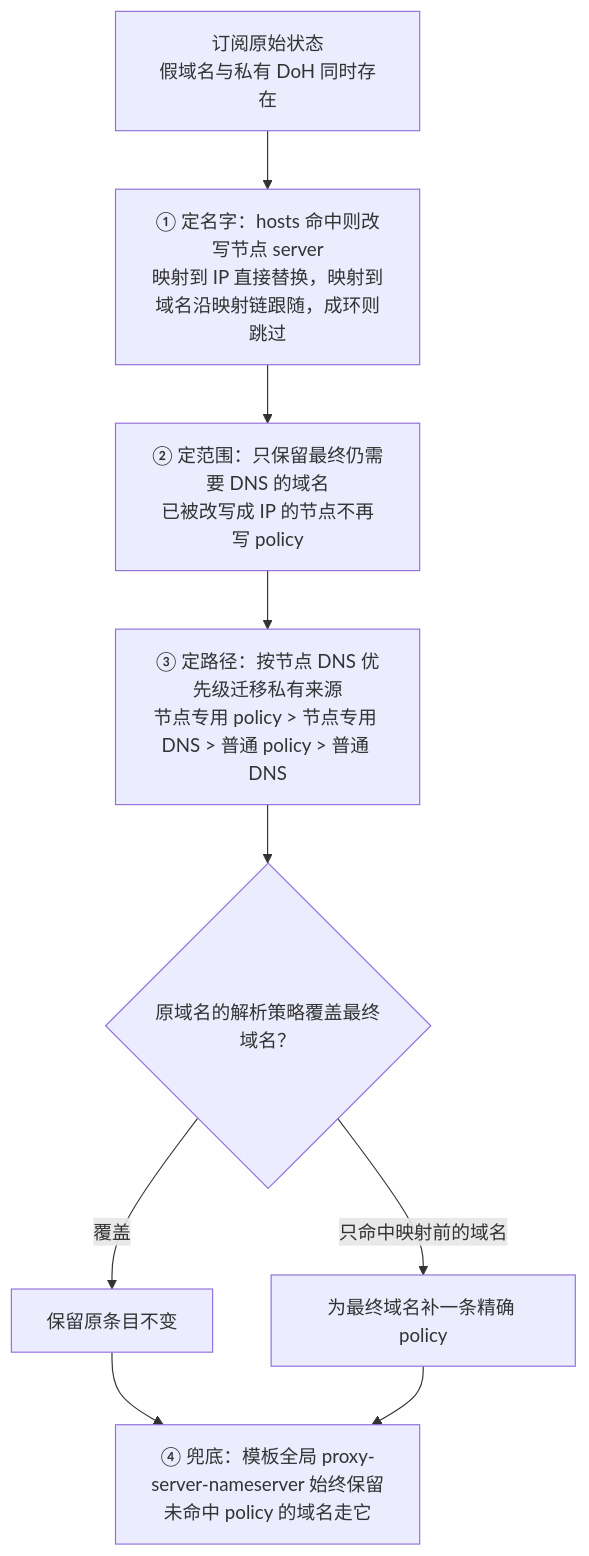
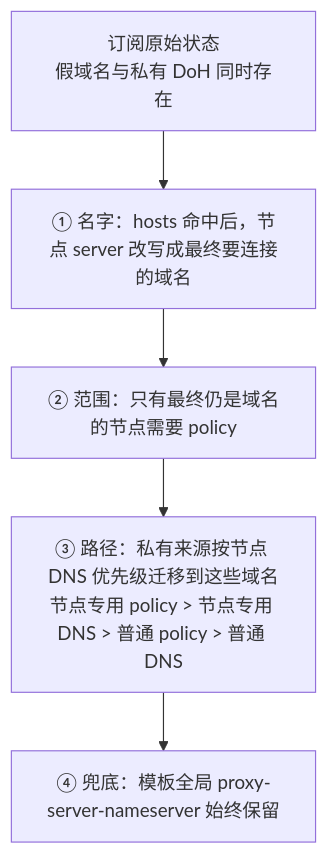
One commit to XVSVTsama/XVSVT-Clash-Config changed the third of 9 diagrams in README.md. Above: the diagram before and after it, drawn with Mermaid. The commit also changed other lines of this file, not shown here.

Commit message:
Reduce hosts/DNS flows to the target path of each scenario

````diff
--- a/README.md
+++ b/README.md
@@ -153,12 +142,8 @@
 ```mermaid
 flowchart TD
   C1["订阅原始状态<br/>假域名与私有 DoH 同时存在"]
-  C1 --> C2["① 定名字：hosts 命中则改写节点 server<br/>映射到 IP 直接替换，映射到域名沿映射链跟随，成环则跳过"]
-  C2 --> C3["② 定范围：只保留最终仍需要 DNS 的域名<br/>已被改写成 IP 的节点不再写 policy"]
-  C3 --> C4["③ 定路径：按节点 DNS 优先级迁移私有来源<br/>节点专用 policy &gt; 节点专用 DNS &gt; 普通 policy &gt; 普通 DNS"]
-  C4 --> C5{"原域名的解析策略覆盖最终域名？"}
-  C5 -->|"覆盖"| C6["保留原条目不变"]
-  C5 -->|"只命中映射前的域名"| C7["为最终域名补一条精确 policy"]
-  C6 --> C8["④ 兜底：模板全局 proxy-server-nameserver 始终保留<br/>未命中 policy 的域名走它"]
-  C7 --> C8
+  C1 --> C2["① 名字：hosts 命中后，节点 server 改写成最终要连接的域名"]
+  C2 --> C3["② 范围：只有最终仍是域名的节点需要 policy"]
+  C3 --> C4["③ 路径：私有来源按节点 DNS 优先级迁移到这些域名<br/>节点专用 policy &gt; 节点专用 DNS &gt; 普通 policy &gt; 普通 DNS"]
+  C4 --> C5["④ 兜底：模板全局 proxy-server-nameserver 始终保留"]
 ```
````
